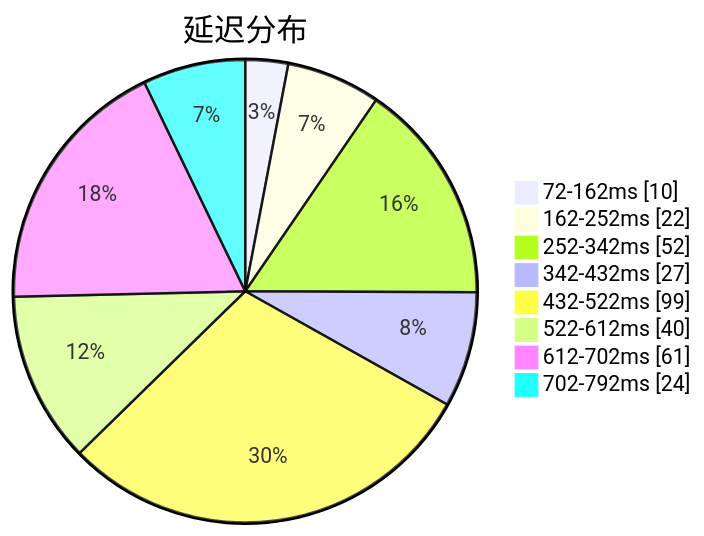
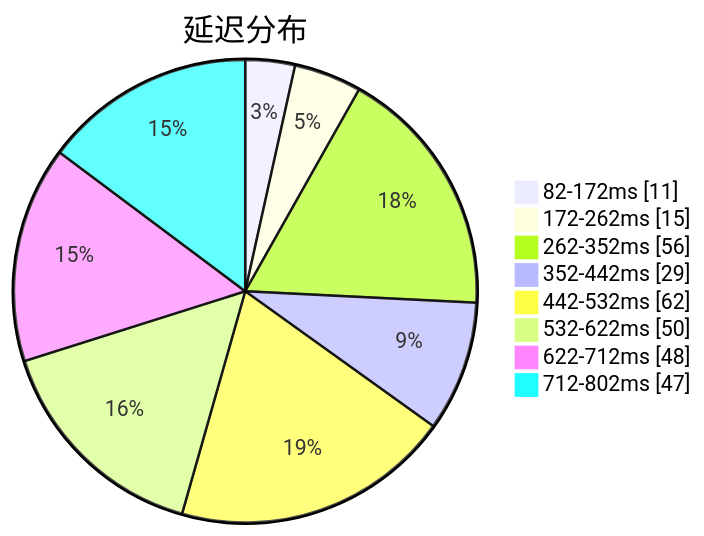
One commit to sinspired/airport changed the first of 3 diagrams in subs/statistics/tested_within.md. Above: the diagram before and after it, drawn with Mermaid. The commit also changed other lines of this file and 2 other files, not shown here.

````diff
--- a/subs/statistics/tested_within.md
+++ b/subs/statistics/tested_within.md
@@ -2,12 +2,12 @@
 ```mermaid
 pie showData
 title 延迟分布
-"72-162ms" : 10
-"162-252ms" : 22
-"252-342ms" : 52
-"342-432ms" : 27
-"432-522ms" : 99
-"522-612ms" : 40
-"612-702ms" : 61
-"702-792ms" : 24
+"82-172ms" : 11
+"172-262ms" : 15
+"262-352ms" : 56
+"352-442ms" : 29
+"442-532ms" : 62
+"532-622ms" : 50
+"622-712ms" : 48
+"712-802ms" : 47
 ```
````
